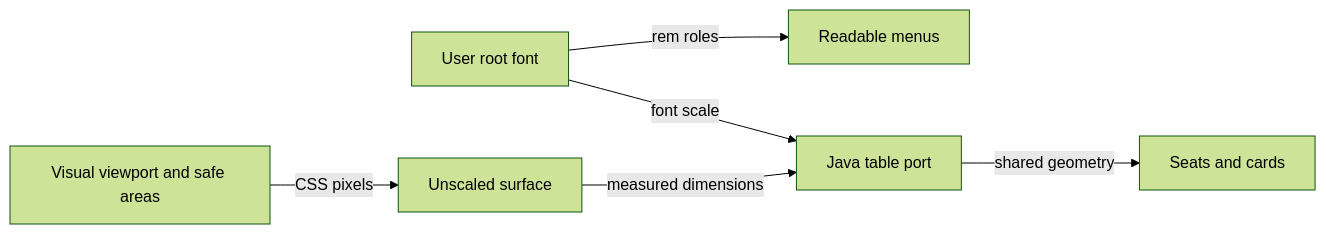
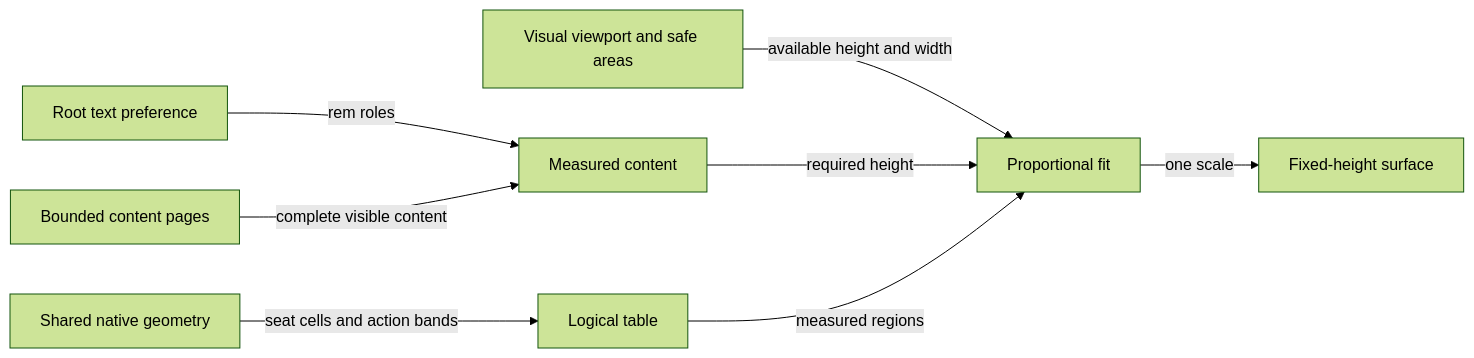
The fourth of 5 diagrams in atf-ui-browser/README.md (crististefanita/whist), drawn with Mermaid (forest theme) before and after one commit. The commit also changed other lines of this file and 14 other files, not shown here.

Commit message:
feat: fit Whist scenes and dialogs to usable height with native action bands

````diff
--- a/atf-ui-browser/README.md
+++ b/atf-ui-browser/README.md
@@ -206,8 +209,10 @@
 ```mermaid
 flowchart LR
-    Viewport[Visual viewport and safe areas] -->|CSS pixels| Frame[Unscaled surface]
-    Font[User root font] -->|rem roles| Menu[Readable menus]
-    Font -->|font scale| Port[Java table port]
-    Frame -->|measured dimensions| Port
-    Port -->|shared geometry| Table[Seats and cards]
+    Viewport[Visual viewport and safe areas] -->|available height and width| Fit[Proportional fit]
+    Font[Root text preference] -->|rem roles| Measure[Measured content]
+    Pages[Bounded content pages] -->|complete visible content| Measure
+    Measure -->|required height| Fit
+    Native[Shared native geometry] -->|seat cells and action bands| Scene[Logical table]
+    Scene -->|measured regions| Fit
+    Fit -->|one scale| Surface[Fixed-height surface]
 ```
````
